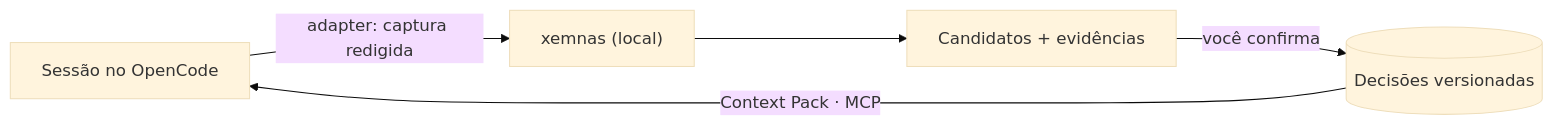
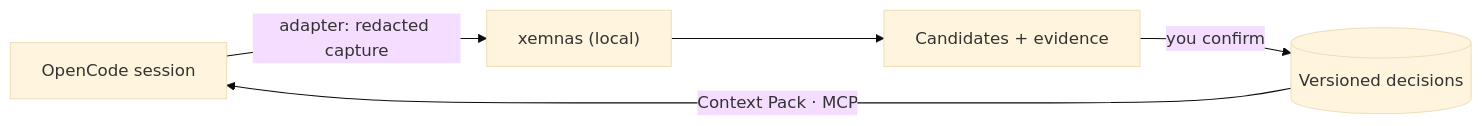
One commit to pablozr/xemnas changed the diagram in README.md. Above: the diagram before and after it, drawn with Mermaid (base theme). The commit also changed other lines of this file and 4 other files, not shown here.

````diff
--- a/README.md
+++ b/README.md
@@ -47,7 +48,7 @@
 ```mermaid
 flowchart LR
-    A["Sessão no OpenCode"] -->|"adapter: captura redigida"| B["xemnas (local)"]
-    B --> C["Candidatos + evidências"]
-    C -->|"você confirma"| D[("Decisões versionadas")]
+    A["OpenCode session"] -->|"adapter: redacted capture"| B["xemnas (local)"]
+    B --> C["Candidates + evidence"]
+    C -->|"you confirm"| D[("Versioned decisions")]
     D -->|"Context Pack · MCP"| A
 ```
````
